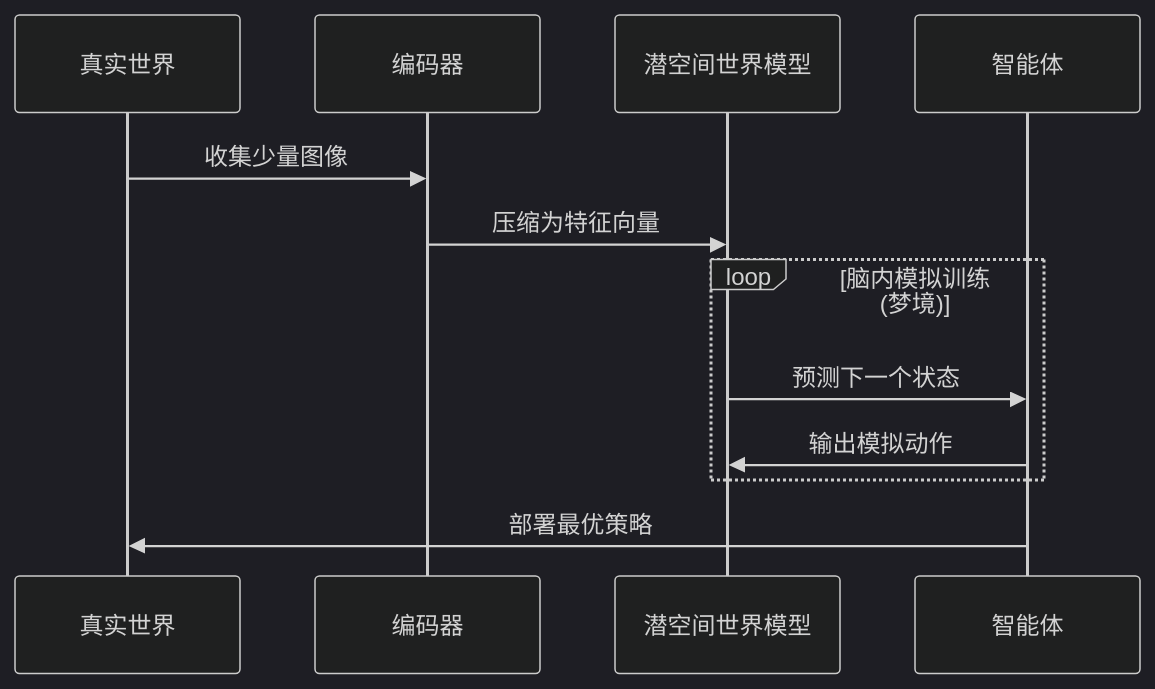
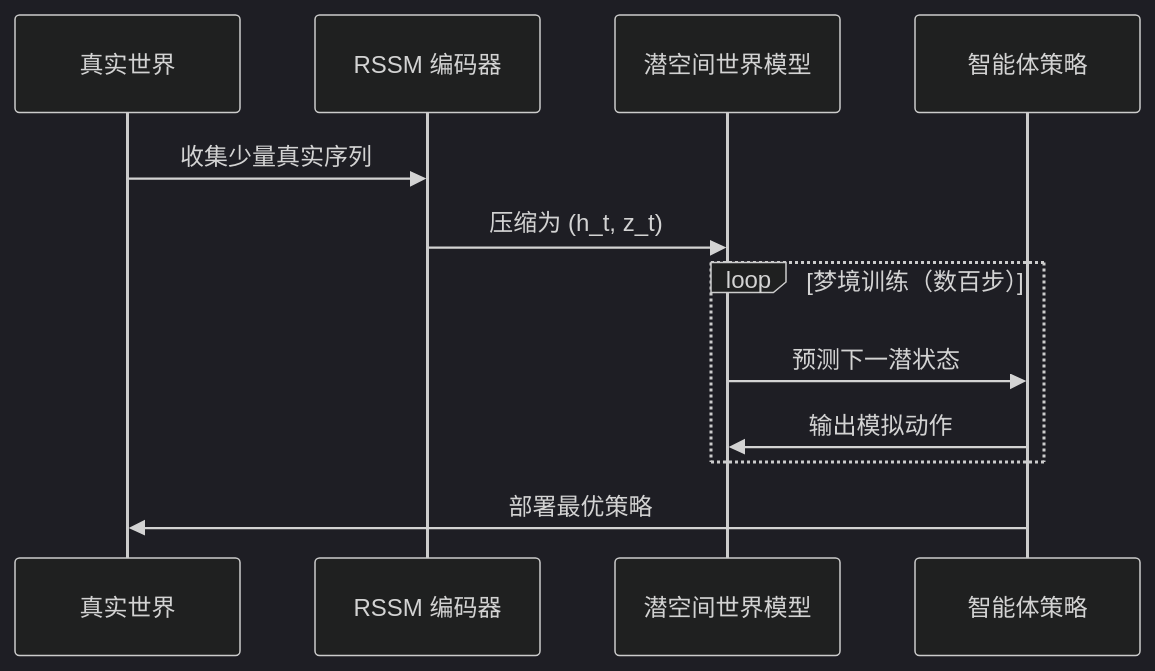
Before and after one commit to TingdeLiu/tingdeliu.github.io: the seventh of 12 diagrams in _posts/2026-04-25-Reinforcement-Learning-Embodied-Survey.md, drawn with Mermaid (dark theme). The commit also changed other lines of this file, not shown here.

````diff
--- a/_posts/2026-04-25-Reinforcement-Learning-Embodied-Survey.md
+++ b/_posts/2026-04-25-Reinforcement-Learning-Embodied-Survey.md
@@ -95,15 +484,15 @@
 ```mermaid
 sequenceDiagram
     participant RealWorld as 真实世界
-    participant Encoder as 编码器
-    participant WorldModel as 潜空间世界模型
-    participant Agent as 智能体
-    
-    RealWorld->>Encoder: 收集少量图像
-    Encoder->>WorldModel: 压缩为特征向量
-    loop 脑内模拟训练 (梦境)
-        WorldModel->>Agent: 预测下一个状态
-        Agent->>WorldModel: 输出模拟动作
+    participant Encoder as RSSM 编码器
+    participant Latent as 潜空间世界模型
+    participant Agent as 智能体策略
+
+    RealWorld->>Encoder: 收集少量真实序列
+    Encoder->>Latent: 压缩为 (h_t, z_t)
+    loop 梦境训练（数百步）
+        Latent->>Agent: 预测下一潜状态
+        Agent->>Latent: 输出模拟动作
     end
     Agent->>RealWorld: 部署最优策略
 ```
````
